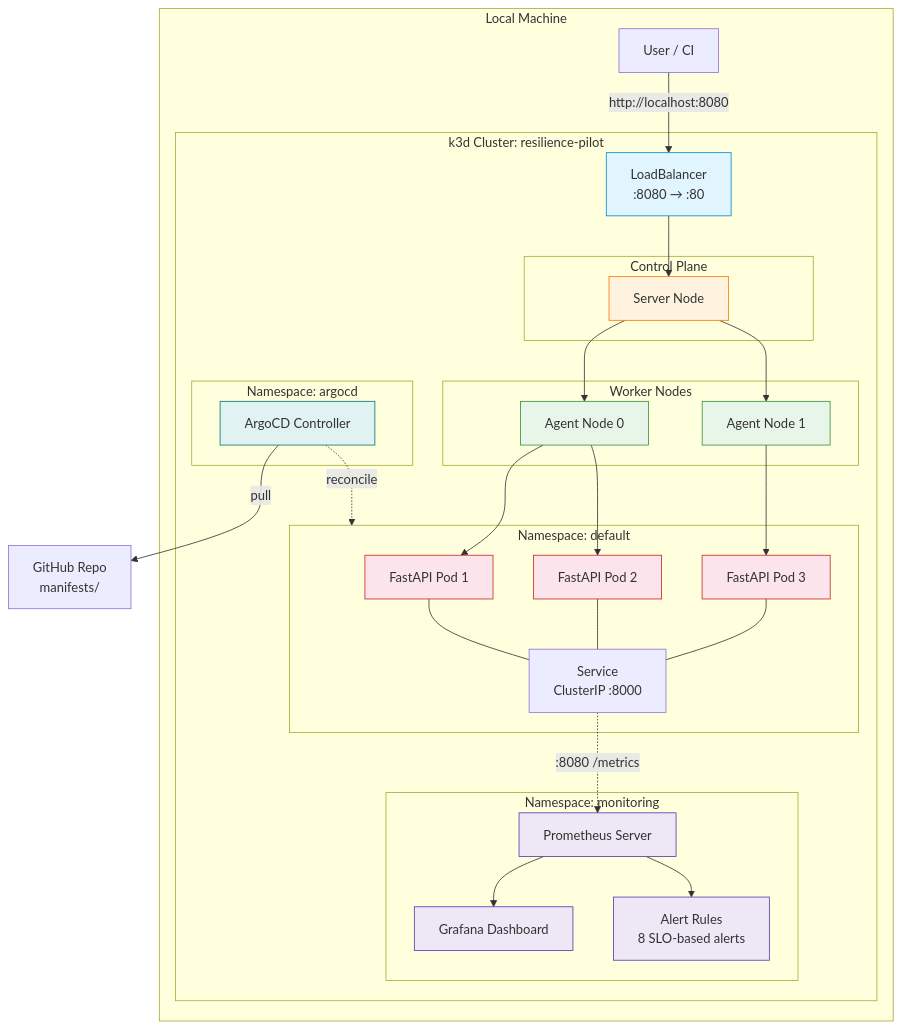
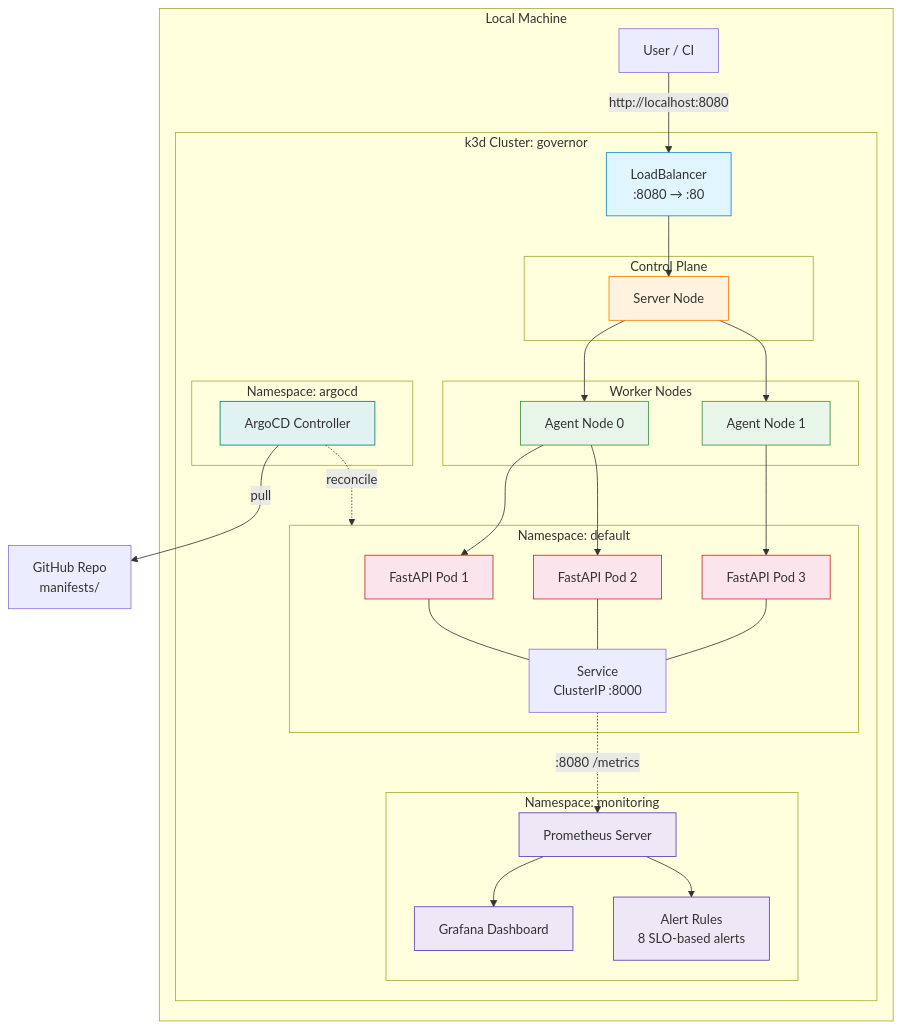
Before and after one commit to AngelP17/Governor: the first of 4 diagrams in README.md, drawn with Mermaid. The commit also changed other lines of this file and 64 other files, not shown here.

````diff
--- a/README.md
+++ b/README.md
@@ -17,57 +17,57 @@
 ```mermaid
 graph TB
     subgraph LocalHost["Local Machine"]
         User["User / CI"]
-        subgraph k3d["k3d Cluster: resilience-pilot"]
+        subgraph k3d["k3d Cluster: governor"]
             LB["LoadBalancer<br/>:8080 → :80"]
             subgraph CP["Control Plane"]
                 S1["Server Node"]
             end
             subgraph WN["Worker Nodes"]
                 A1["Agent Node 0"]
                 A2["Agent Node 1"]
             end
             subgraph NS["Namespace: default"]
                 P1["FastAPI Pod 1"]
                 P2["FastAPI Pod 2"]
                 P3["FastAPI Pod 3"]
                 SVC["Service<br/>ClusterIP :8000"]
             end
             subgraph Mon["Namespace: monitoring"]
                 PROM["Prometheus Server"]
                 GRAF["Grafana Dashboard"]
                 ALERTS["Alert Rules<br/>8 SLO-based alerts"]
             end
             subgraph GitNS["Namespace: argocd"]
                 ARGO["ArgoCD Controller"]
             end
             LB --> S1
             S1 --> A1
             S1 --> A2
             A1 --> P1
             A1 --> P2
             A2 --> P3
             P1 --- SVC
             P2 --- SVC
             P3 --- SVC
             SVC -.->|":8080 /metrics"| PROM
             PROM --> GRAF
             PROM --> ALERTS
             ARGO -.->|"reconcile"| NS
         end
     end
     User -->|"http://localhost:8080"| LB
     ARGO -->|"pull"| GH["GitHub Repo<br/>manifests/"]
 
     style LB fill:#e1f5fe,stroke:#0288d1
     style S1 fill:#fff3e0,stroke:#f57c00
     style A1 fill:#e8f5e9,stroke:#388e3c
     style A2 fill:#e8f5e9,stroke:#388e3c
     style P1 fill:#fce4ec,stroke:#c62828
     style P2 fill:#fce4ec,stroke:#c62828
     style P3 fill:#fce4ec,stroke:#c62828
     style PROM fill:#ede7f6,stroke:#5e35b1
     style GRAF fill:#ede7f6,stroke:#5e35b1
     style ALERTS fill:#ede7f6,stroke:#5e35b1
     style ARGO fill:#e0f2f1,stroke:#00796b
 ```
````
